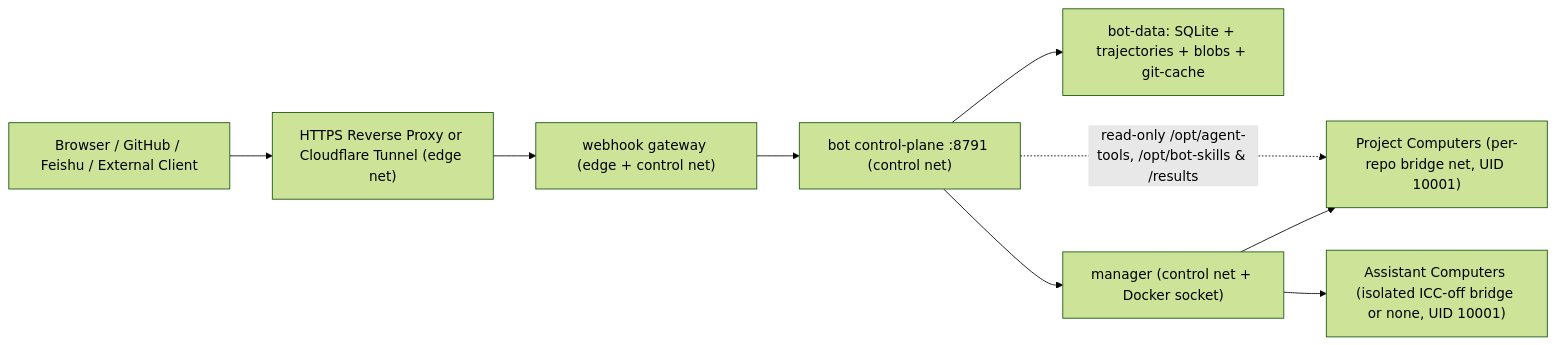
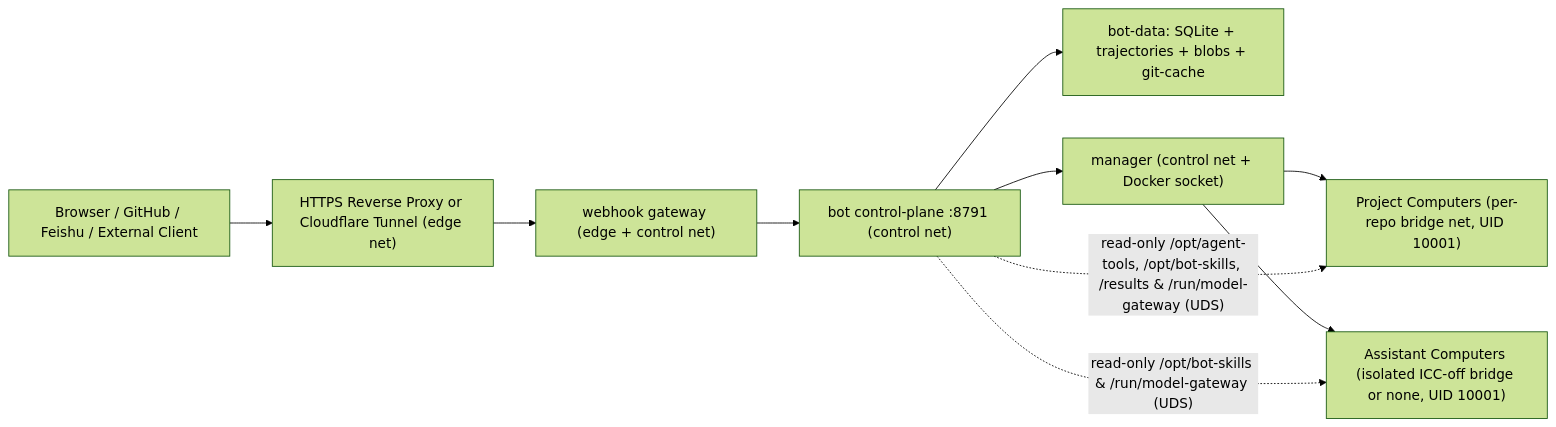
The diagram in docs/design/architecture.md (agent-CI-Infra/bot), drawn with Mermaid (forest theme) before and after one commit. The commit also changed other lines of this file and 96 other files, not shown here.

````diff
--- a/docs/design/architecture.md
+++ b/docs/design/architecture.md
@@ -9,11 +9,12 @@
 ```mermaid
 flowchart LR
   User["Browser / GitHub / Feishu / External Client"] --> Edge["HTTPS Reverse Proxy or Cloudflare Tunnel (edge net)"]
   Edge --> Webhook["webhook gateway (edge + control net)"]
   Webhook --> Bot["bot control-plane :8791 (control net)"]
   Bot --> SQLite["bot-data: SQLite + trajectories + blobs + git-cache"]
   Bot --> Manager["manager (control net + Docker socket)"]
   Manager --> ProjComp["Project Computers (per-repo bridge net, UID 10001)"]
   Manager --> AsstComp["Assistant Computers (isolated ICC-off bridge or none, UID 10001)"]
-  Bot -. "read-only /opt/agent-tools, /opt/bot-skills & /results" .-> ProjComp
+  Bot -. "read-only /opt/agent-tools, /opt/bot-skills, /results & /run/model-gateway (UDS)" .-> ProjComp
+  Bot -. "read-only /opt/bot-skills & /run/model-gateway (UDS)" .-> AsstComp
 ```
````
